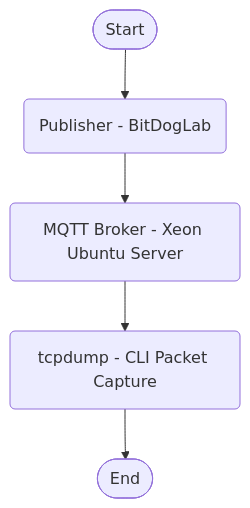
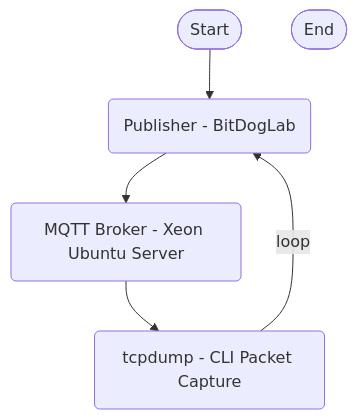
The diagram in project011/mqtt/README.md (alfecjo/picodevfirmware), drawn with Mermaid before and after one commit.

````diff
--- a/project011/mqtt/README.md
+++ b/project011/mqtt/README.md
@@ -18,11 +18,12 @@
 ```mermaid
 graph TD
 
     Start([Start])
     BitDogLab(Publisher - BitDogLab)
     Broker(MQTT Broker - Xeon Ubuntu Server)
     Tcpdump(tcpdump - CLI Packet Capture)
     End([End])
 
-    Start --> BitDogLab --> Broker --> Tcpdump --> End
+    Start --> BitDogLab --> Broker --> Tcpdump
+    Tcpdump -->|loop| BitDogLab
 ```
````
